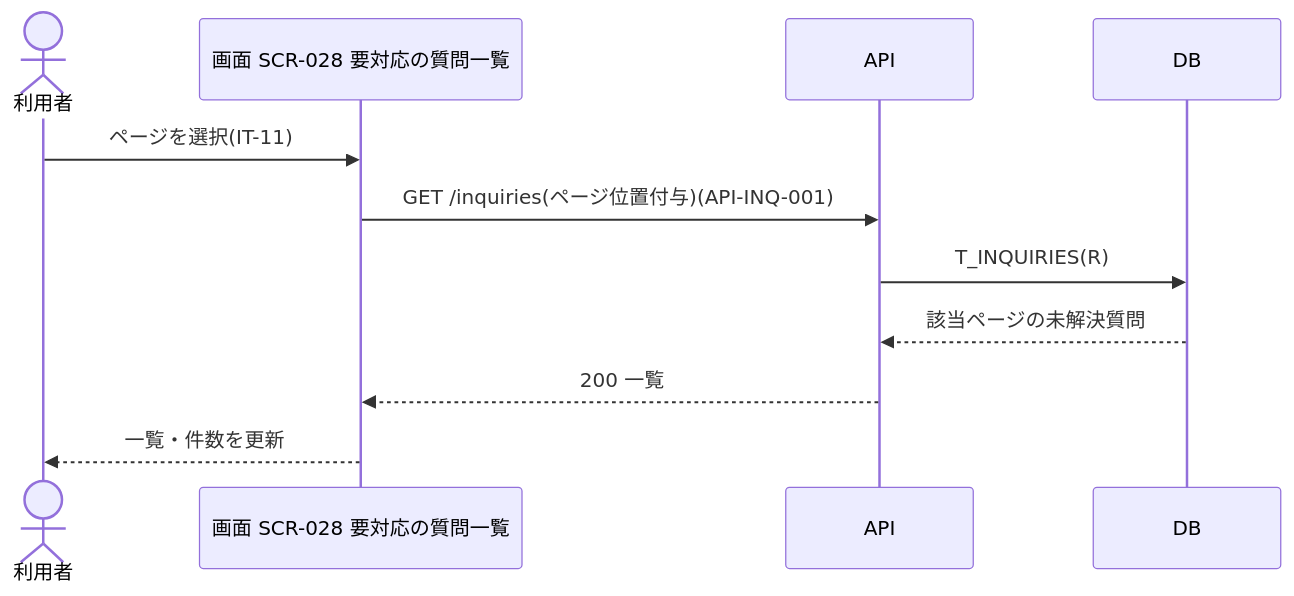
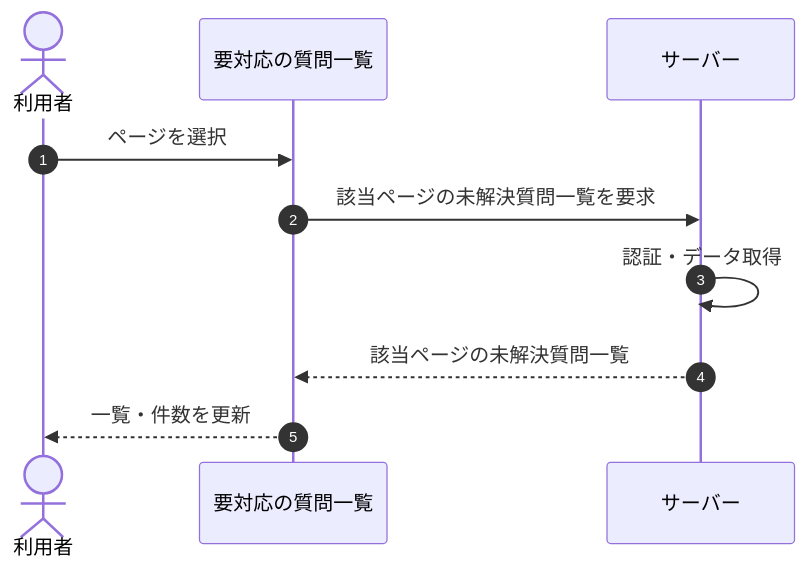
The diagram in 02_basic_design/05_sequences/SEQ-020.md (sikakou54/open-faq), drawn with Mermaid before and after one commit. The commit also changed other lines of this file and 108 other files, not shown here.

First line of the commit message:
基本設計: シーケンス図を基本設計粒度(ユーザー/画面/サーバー)へ再編成

````diff
--- a/02_basic_design/05_sequences/SEQ-020.md
+++ b/02_basic_design/05_sequences/SEQ-020.md
@@ -25,13 +32,12 @@
 ```mermaid
 sequenceDiagram
+  autonumber
   actor U as 利用者
-  participant S as 画面 SCR-028 要対応の質問一覧
-  participant API as API
-  participant DB as DB
-  U->>S: ページを選択(IT-11)
-  S->>API: GET /inquiries(ページ位置付与)(API-INQ-001)
-  API->>DB: T_INQUIRIES(R)
-  DB-->>API: 該当ページの未解決質問
-  API-->>S: 200 一覧
-  S-->>U: 一覧・件数を更新
+  participant Screen as 要対応の質問一覧
+  participant Server as サーバー
+  U->>Screen: ページを選択
+  Screen->>Server: 該当ページの未解決質問一覧を要求
+  Server->>Server: 認証・データ取得
+  Server-->>Screen: 該当ページの未解決質問一覧
+  Screen-->>U: 一覧・件数を更新
 ```
````
